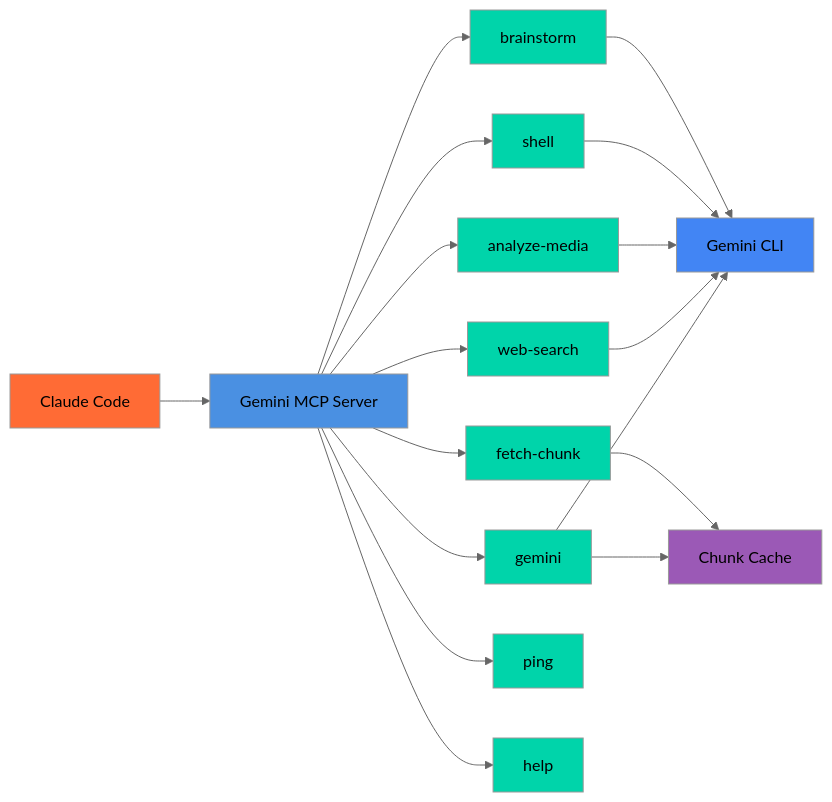
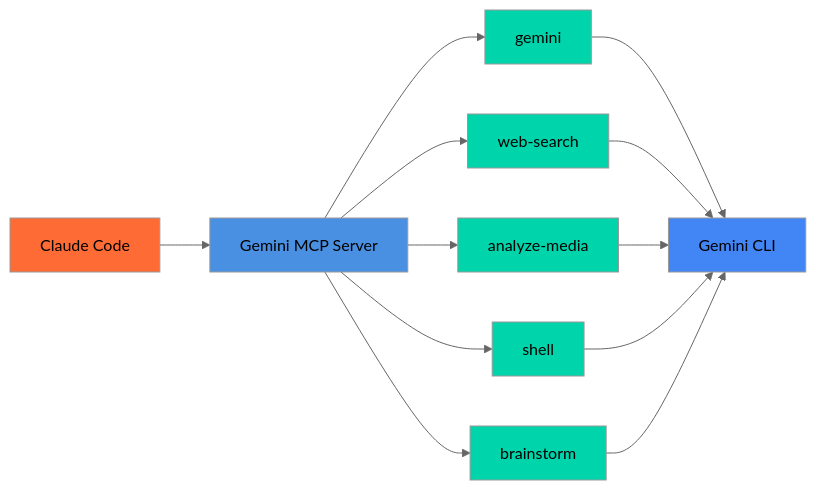
Before and after one commit to tuannvm/gemini-mcp-server: the diagram in README.md, drawn with Mermaid (neutral theme). The commit also changed other lines of this file and 1 other file, not shown here.

````diff
--- a/README.md
+++ b/README.md
@@ -9,34 +9,23 @@
 ```mermaid
 graph LR
     A[Claude Code] --> B[Gemini MCP Server]
-
     B --> C[gemini]
     B --> S[web-search]
     B --> M[analyze-media]
     B --> SH[shell]
     B --> D[brainstorm]
-    B --> E[fetch-chunk]
-    B --> F[ping]
-    B --> G[help]
-
     C --> H[Gemini CLI]
     S --> H
     M --> H
     SH --> H
     D --> H
-    C --> I[Chunk Cache]
-    E --> I
 
     style A fill:#FF6B35
     style B fill:#4A90E2
     style C fill:#00D4AA
     style S fill:#00D4AA
     style M fill:#00D4AA
     style SH fill:#00D4AA
     style D fill:#00D4AA
-    style E fill:#00D4AA
-    style F fill:#00D4AA
-    style G fill:#00D4AA
     style H fill:#4285F4
-    style I fill:#9B59B6
 ```
````
